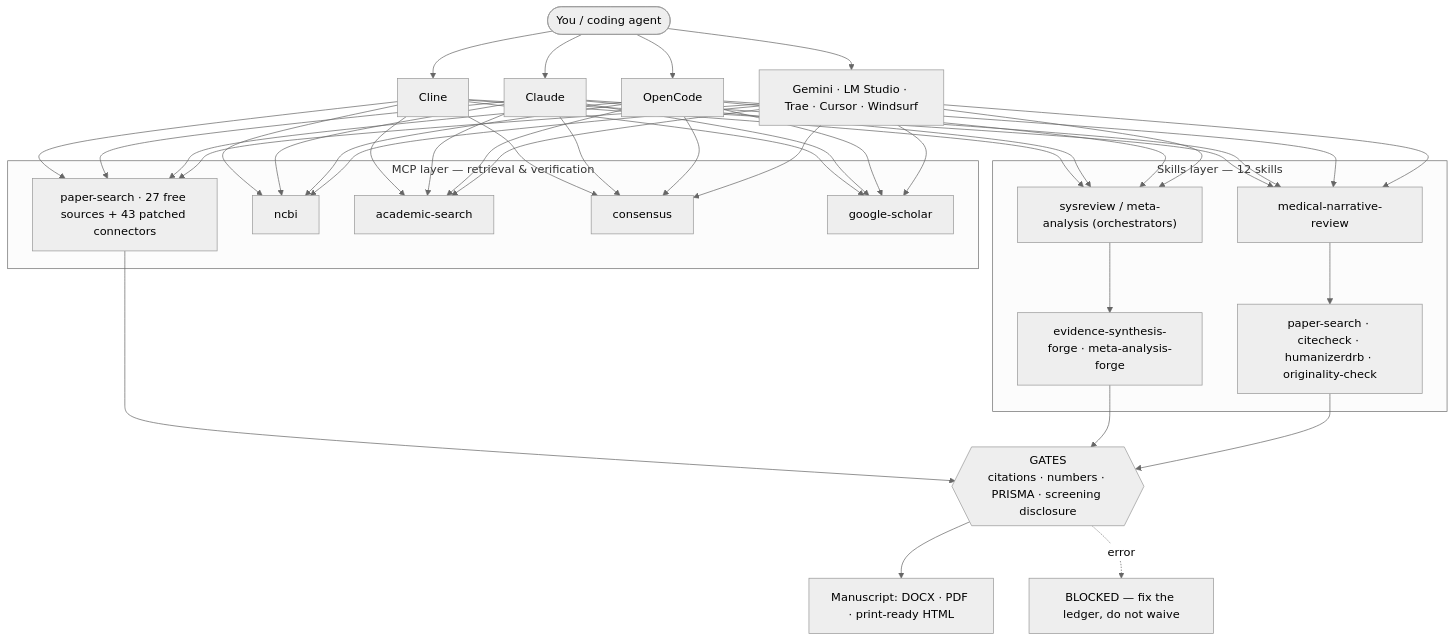
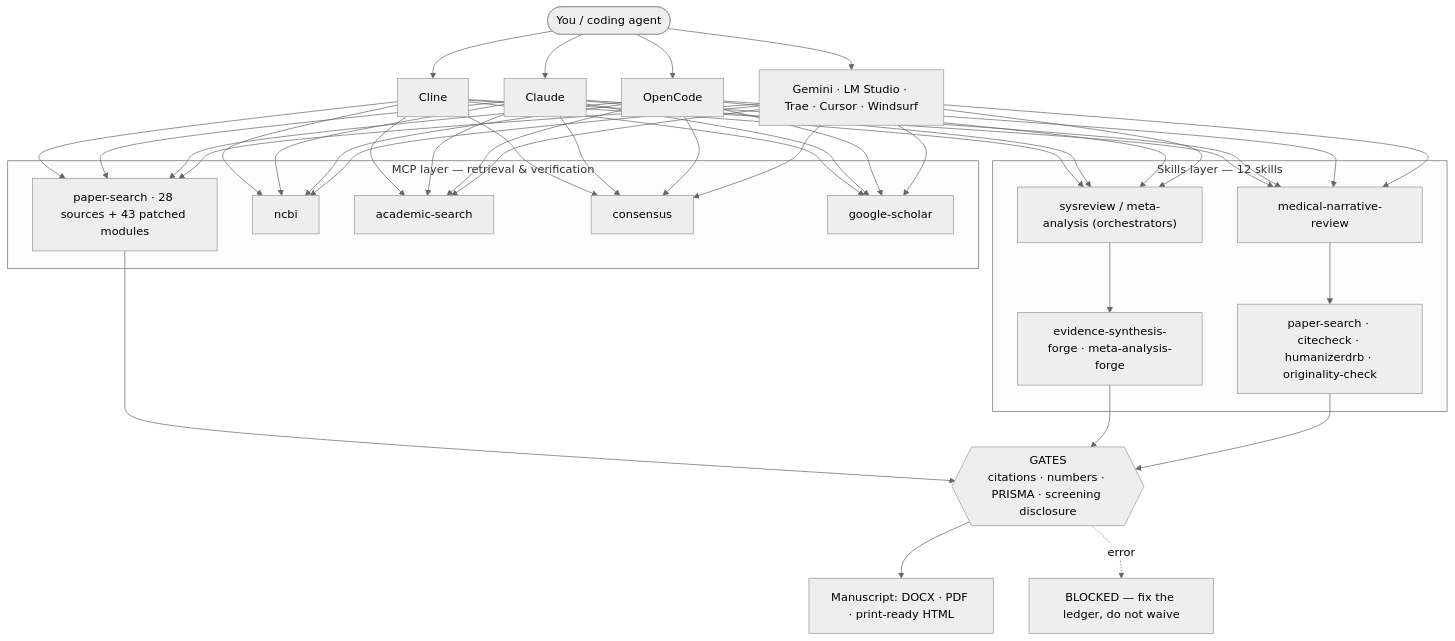
One commit to drb253/research-stack changed the first of 7 diagrams in README.md. Above: the diagram before and after it, drawn with Mermaid (neutral theme). The commit also changed other lines of this file and 55 other files, not shown here.

````diff
--- a/README.md
+++ b/README.md
@@ -136,31 +136,31 @@
 ```mermaid
 flowchart TB
     U(["You / coding agent"]) --> CL[Cline] & CD[Claude] & OC[OpenCode] & MORE[Gemini · LM Studio · Trae · Cursor · Windsurf]
 
     subgraph MCP["MCP layer — retrieval & verification"]
-        PS["paper-search · 27 free sources + 43 patched connectors"]
+        PS["paper-search · 28 sources + 43 patched modules"]
         NC["ncbi"]
         AS["academic-search"]
         CO["consensus"]
         GS["google-scholar"]
     end
 
     subgraph SK["Skills layer — 12 skills"]
         SR["sysreview / meta-analysis (orchestrators)"]
         EV["evidence-synthesis-forge · meta-analysis-forge"]
         NR["medical-narrative-review"]
         GD["paper-search · citecheck · humanizerdrb · originality-check"]
     end
 
     CL & CD & OC & MORE --> PS & NC & AS & CO & GS
     CL & CD & OC & MORE --> SR & NR
     SR --> EV
     NR --> GD
     PS --> GATES
 
     GATES{{"GATES<br/>citations · numbers · PRISMA · screening disclosure"}}
     EV --> GATES
     GD --> GATES
     GATES --> OUT["Manuscript: DOCX · PDF · print-ready HTML"]
     GATES -.->|error| STOP["BLOCKED — fix the ledger, do not waive"]
 ```
````
